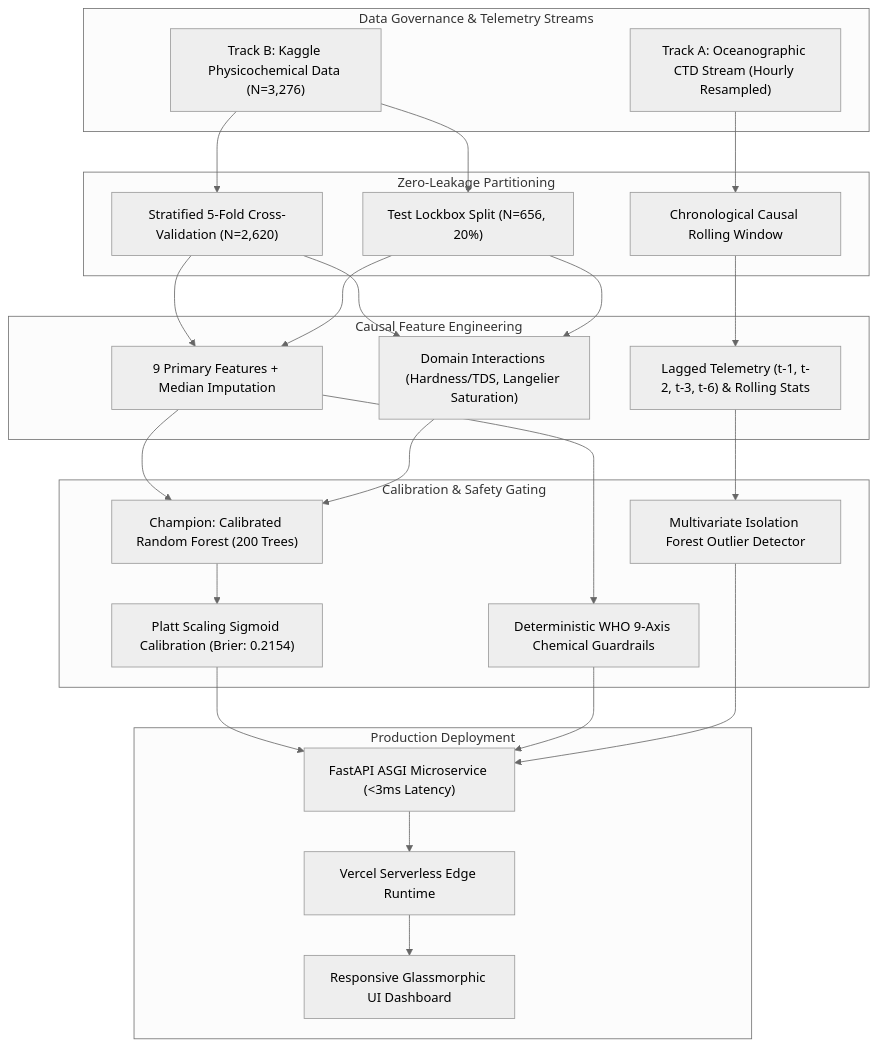
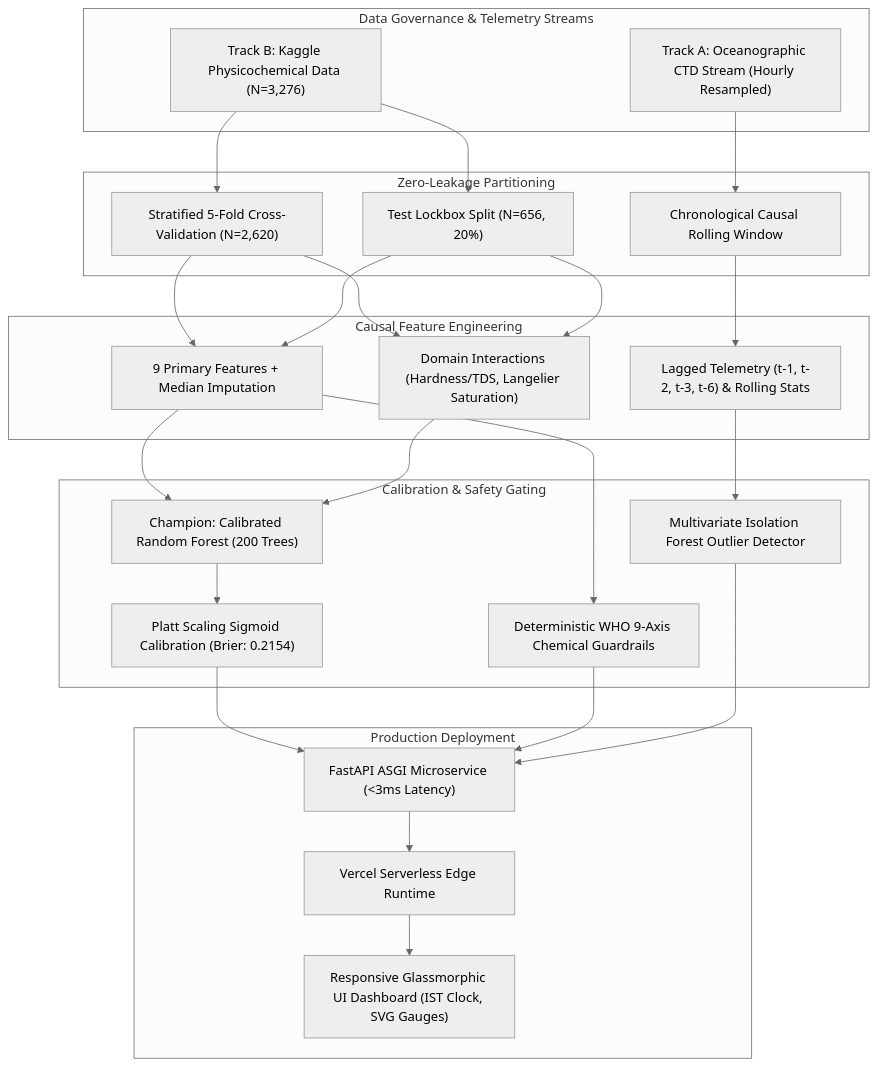
One commit to DurgaPavan0923/RajanaDurgaPavanKumar_C1_ONLINETIHIITG changed the diagram in README.md. Above: the diagram before and after it, drawn with Mermaid (neutral theme). The commit also changed other lines of this file, not shown here.

````diff
--- a/README.md
+++ b/README.md
@@ -38,42 +38,42 @@
 ```mermaid
 flowchart TD
     subgraph Data_Layer ["Data Governance & Telemetry Streams"]
         D1["Track B: Kaggle Physicochemical Data (N=3,276)"]
         D2["Track A: Oceanographic CTD Stream (Hourly Resampled)"]
     end
 
     subgraph Split_Layer ["Zero-Leakage Partitioning"]
         S1["Stratified 5-Fold Cross-Validation (N=2,620)"]
         S2["Test Lockbox Split (N=656, 20%)"]
         S3["Chronological Causal Rolling Window"]
     end
 
     subgraph Feature_Layer ["Causal Feature Engineering"]
         F1["9 Primary Features + Median Imputation"]
         F2["Domain Interactions (Hardness/TDS, Langelier Saturation)"]
         F3["Lagged Telemetry (t-1, t-2, t-3, t-6) & Rolling Stats"]
     end
 
     subgraph Model_Layer ["Calibration & Safety Gating"]
         M1["Champion: Calibrated Random Forest (200 Trees)"]
         M2["Platt Scaling Sigmoid Calibration (Brier: 0.2154)"]
         M3["Deterministic WHO 9-Axis Chemical Guardrails"]
         M4["Multivariate Isolation Forest Outlier Detector"]
     end
 
     subgraph Serving_Layer ["Production Deployment"]
         P1["FastAPI ASGI Microservice (<3ms Latency)"]
         P2["Vercel Serverless Edge Runtime"]
-        P3["Responsive Glassmorphic UI Dashboard"]
+        P3["Responsive Glassmorphic UI Dashboard (IST Clock, SVG Gauges)"]
     end
 
     D1 --> S1 & S2
     D2 --> S3
     S1 & S2 --> F1 & F2
     S3 --> F3
     F1 & F2 --> M1 --> M2
     F1 --> M3
     F3 --> M4
     M2 & M3 & M4 --> P1
     P1 --> P2 --> P3
 ```
````
